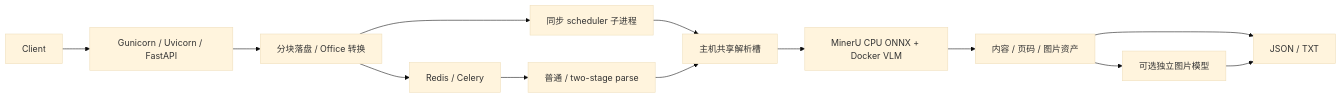
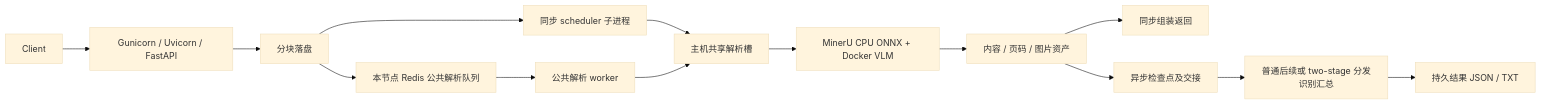
One commit to tiangong-ai/unstructure-serve changed the diagram in docs/architecture.md. Above: the diagram before and after it, drawn with Mermaid (base theme). The commit also changed other lines of this file and 40 other files, not shown here.

Commit message:
Unify asynchronous parse priority and durable handoff recovery

````diff
--- a/docs/architecture.md
+++ b/docs/architecture.md
@@ -24,15 +24,16 @@
 ```mermaid
 flowchart LR
   Client --> API[Gunicorn / Uvicorn / FastAPI]
-  API --> Upload[分块落盘 / Office 转换]
+  API --> Upload[分块落盘]
   Upload --> Sync[同步 scheduler 子进程]
-  Upload --> Queue[Redis / Celery]
-  Queue --> Worker[普通 / two-stage parse]
+  Upload --> Queue[本节点 Redis 公共解析队列]
+  Queue --> Worker[公共解析 worker]
   Sync --> Slots[主机共享解析槽]
   Worker --> Slots
   Slots --> Parser[MinerU CPU ONNX + Docker VLM]
   Parser --> Assets[内容 / 页码 / 图片资产]
-  Assets --> Vision[可选独立图片模型]
-  Assets --> Result[JSON / TXT]
-  Vision --> Result
+  Assets --> SyncResult[同步组装返回]
+  Assets --> Handoff[异步检查点及交接]
+  Handoff --> Followup[普通后续或 two-stage 分发识别汇总]
+  Followup --> Result[持久结果 JSON / TXT]
 ```
````
